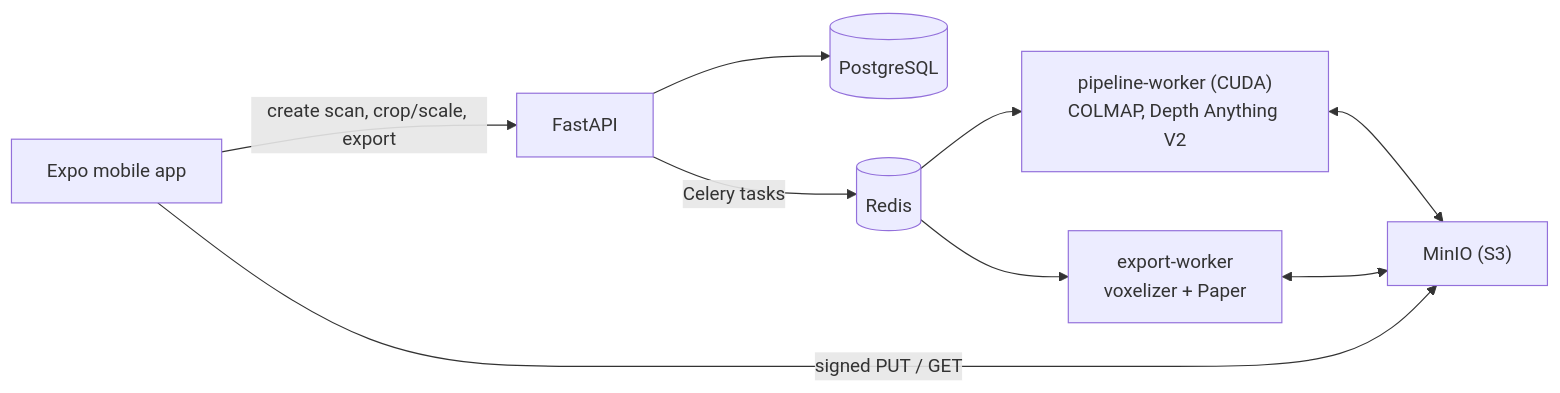
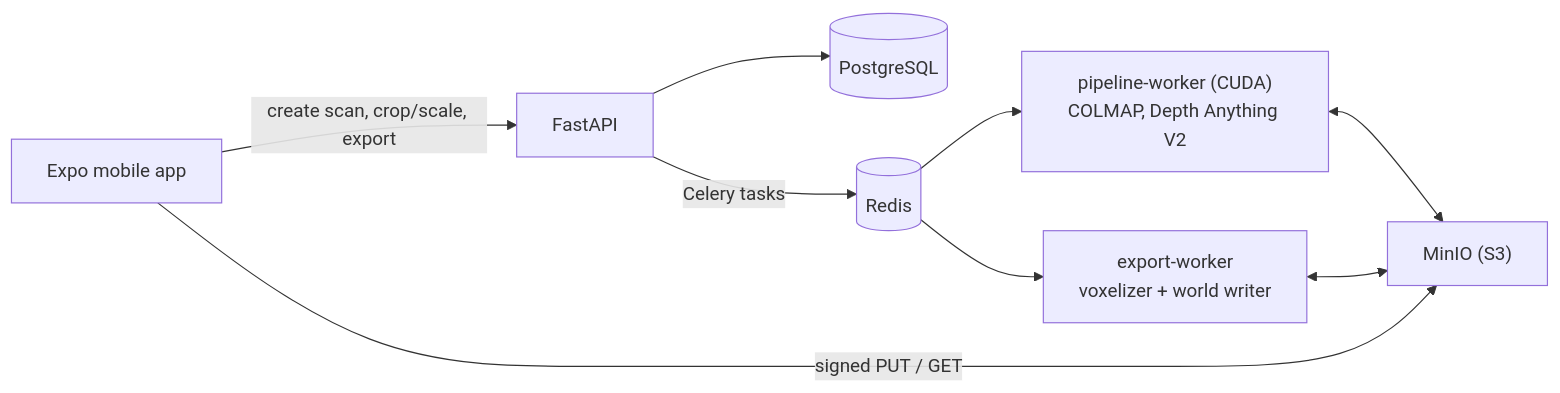
Before and after one commit to bmikuska46/video-to-minecraft: the diagram in README.md, drawn with Mermaid. The commit also changed other lines of this file and 33 other files, not shown here.

````diff
--- a/README.md
+++ b/README.md
@@ -278,11 +291,11 @@
 ```mermaid
 flowchart LR
     M["Expo mobile app"] -->|"create scan, crop/scale, export"| A["FastAPI"]
     M -->|"signed PUT / GET"| S["MinIO (S3)"]
     A --> P[("PostgreSQL")]
     A -->|"Celery tasks"| R[("Redis")]
     R --> G["pipeline-worker (CUDA)<br/>COLMAP, Depth Anything V2"]
-    R --> E["export-worker<br/>voxelizer + Paper"]
+    R --> E["export-worker<br/>voxelizer + world writer"]
     G <--> S
     E <--> S
 ```
````
